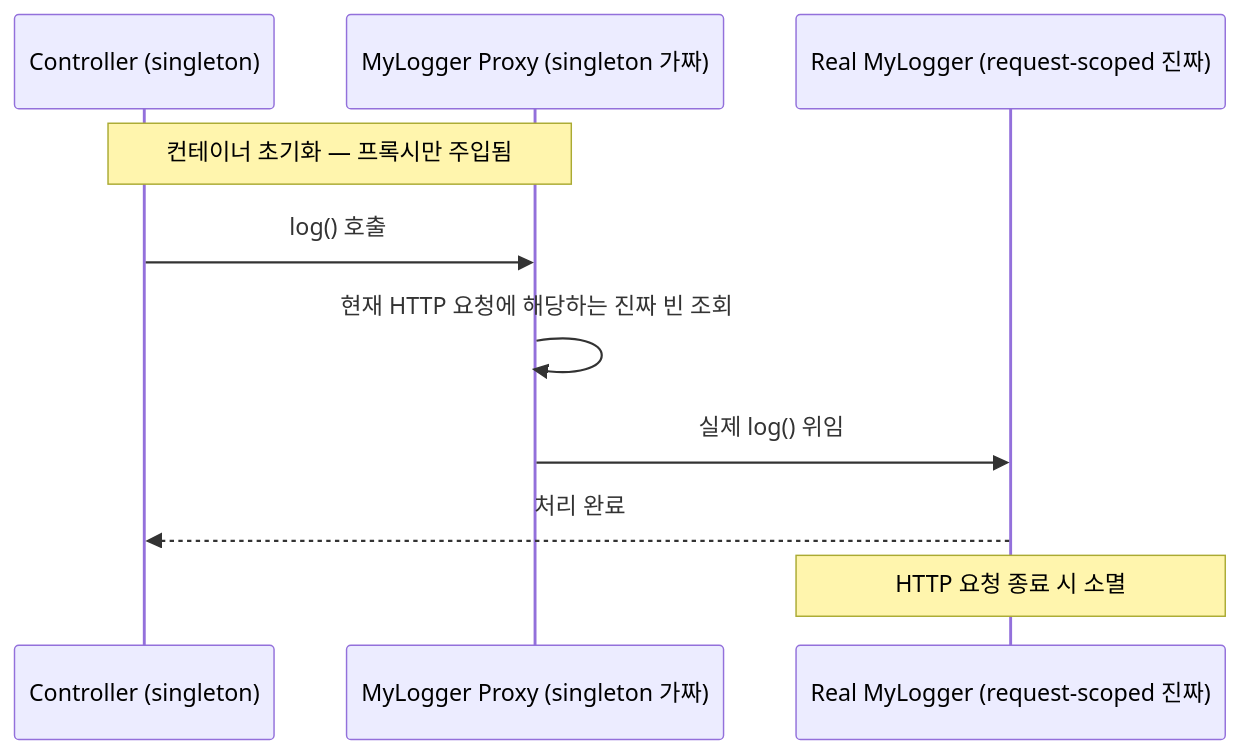
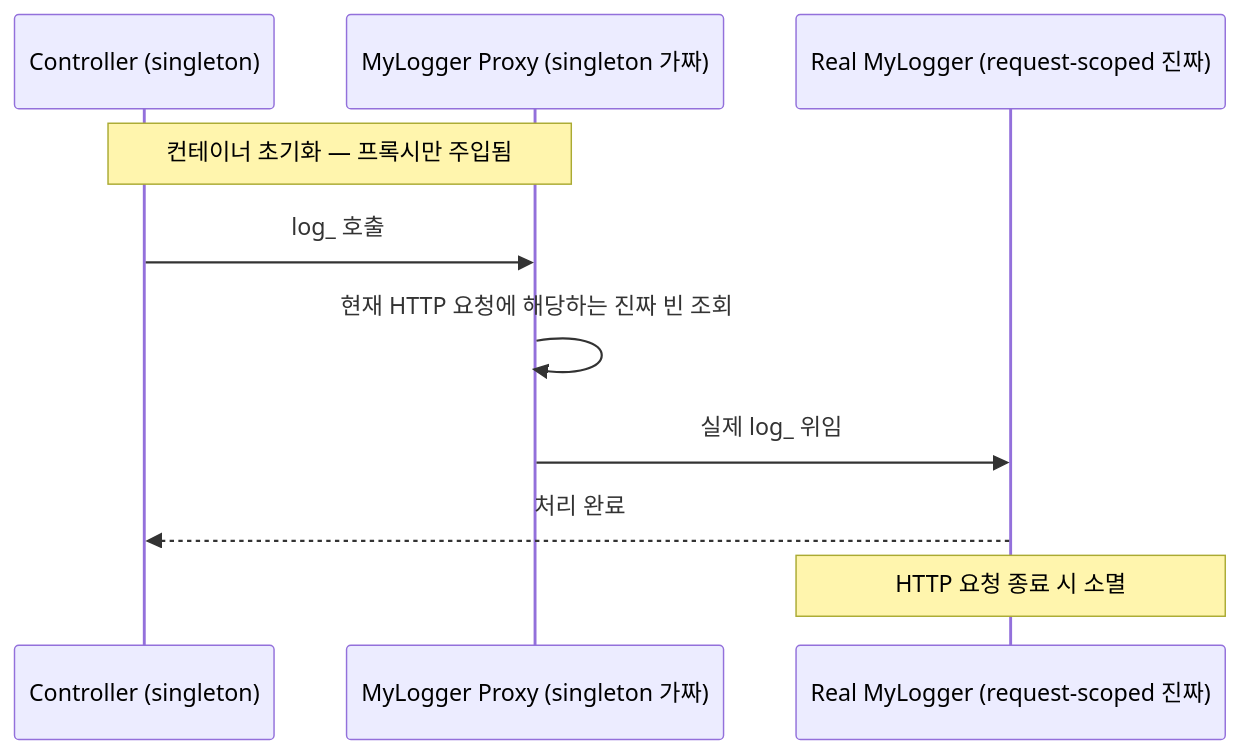
The ninth of 13 diagrams in _posts/spring/2026-05-02-spring-core-basic.md (yjkim2015/yjkim2015.github.io), drawn with Mermaid before and after one commit. The commit also changed other lines of this file and 85 other files, not shown here.

First line of the commit message:
sequenceDiagram 문법 에러 2차 수정 169개 (86파일)

````diff
--- a/_posts/spring/2026-05-02-spring-core-basic.md
+++ b/_posts/spring/2026-05-02-spring-core-basic.md
@@ -586,12 +586,12 @@
 ```mermaid
 sequenceDiagram
     participant C as Controller (singleton)
     participant P as MyLogger Proxy (singleton 가짜)
     participant R as Real MyLogger (request-scoped 진짜)
     Note over C,P: 컨테이너 초기화 — 프록시만 주입됨
-    C->>P: log() 호출
+    C->>P: log_ 호출
     P->>P: 현재 HTTP 요청에 해당하는 진짜 빈 조회
-    P->>R: 실제 log() 위임
+    P->>R: 실제 log_ 위임
     R-->>C: 처리 완료
     Note over R: HTTP 요청 종료 시 소멸
 ```
````
